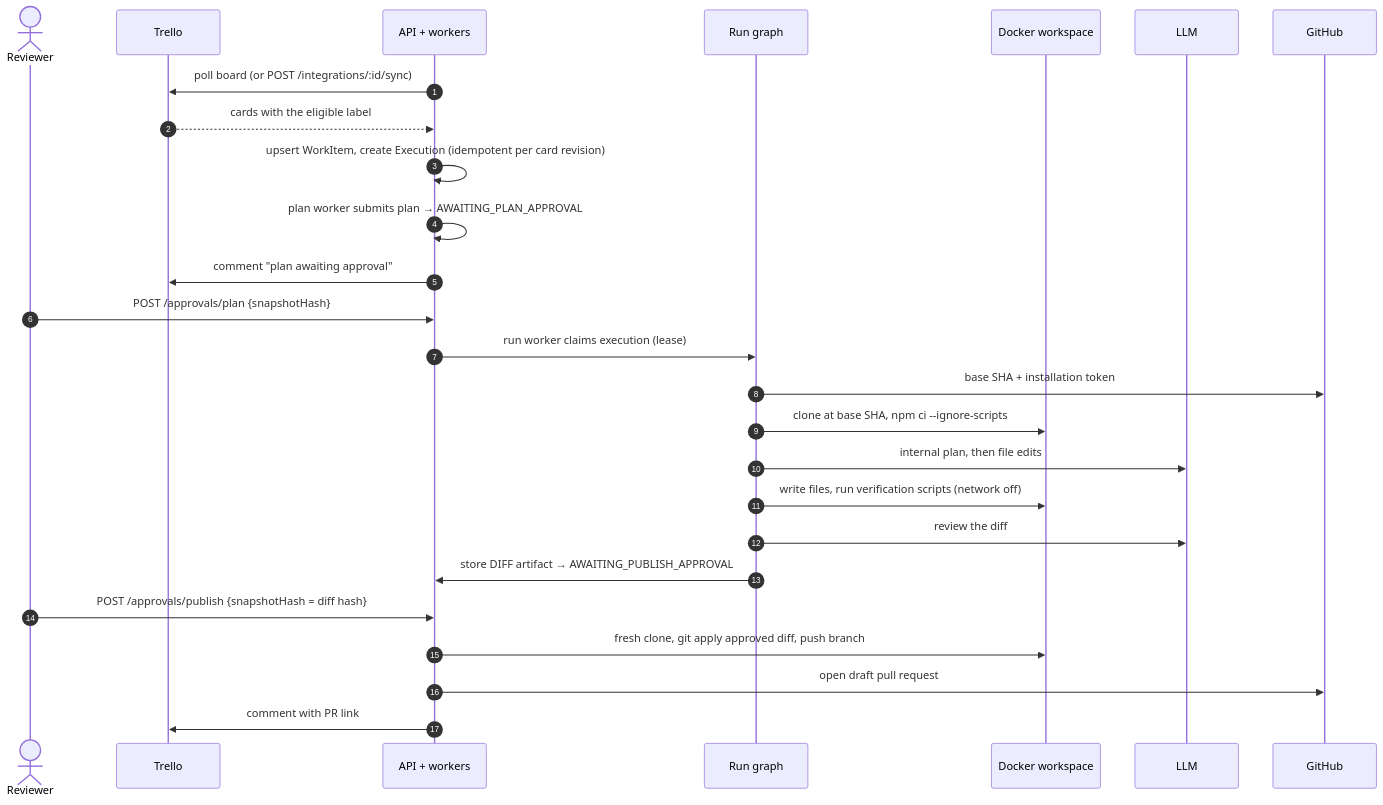
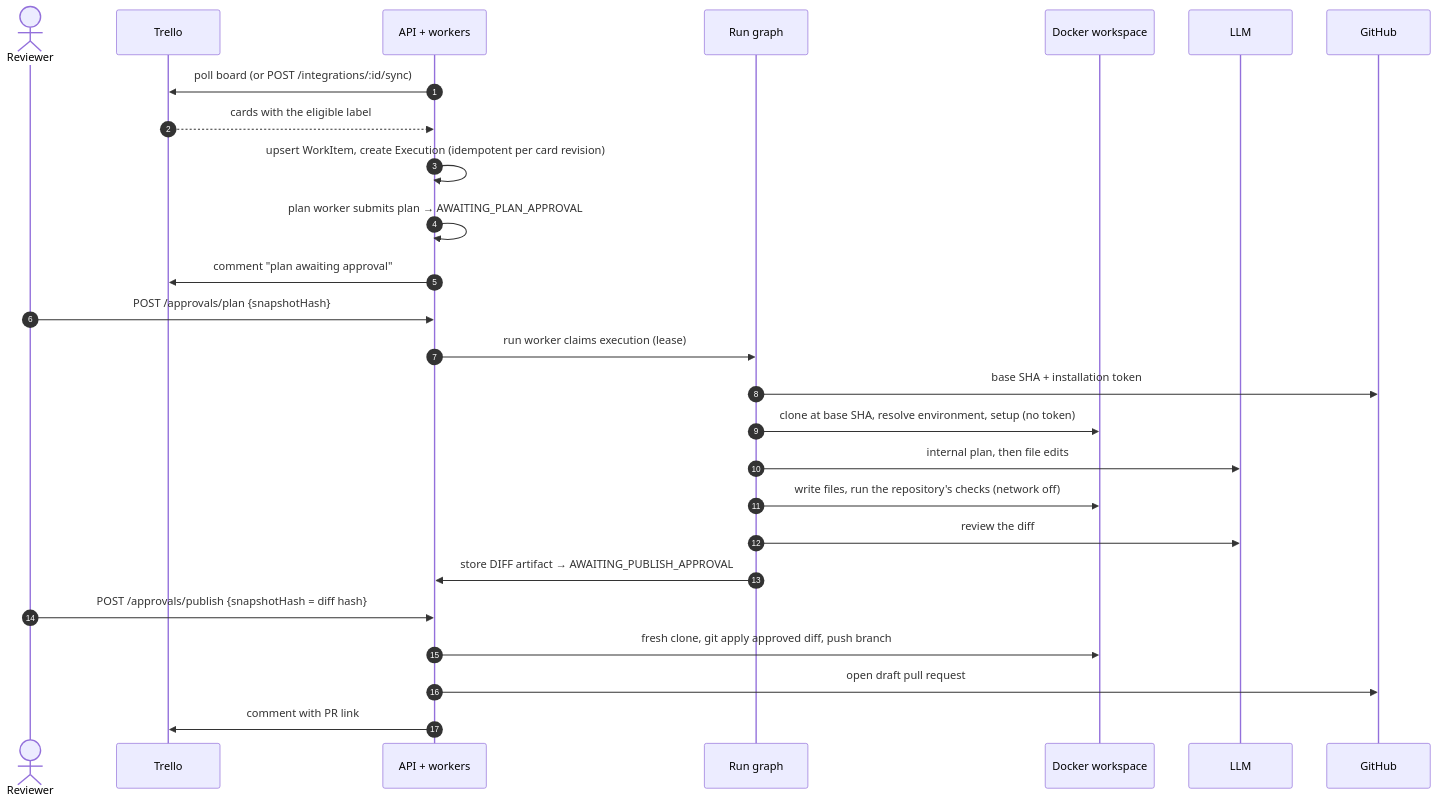
The second of 7 diagrams in README.md (zack10/agent-orchestration-app-backend), drawn with Mermaid before and after one commit. The commit also changed other lines of this file and 23 other files, not shown here.

First line of the commit message:
feat(environment): repository environments with no per-language code

````diff
--- a/README.md
+++ b/README.md
@@ -132,29 +133,29 @@
 ```mermaid
 sequenceDiagram
     autonumber
     actor Human as Reviewer
     participant T as Trello
     participant API as API + workers
     participant G as Run graph
     participant D as Docker workspace
     participant L as LLM
     participant GH as GitHub
 
     API->>T: poll board (or POST /integrations/:id/sync)
     T-->>API: cards with the eligible label
     API->>API: upsert WorkItem, create Execution (idempotent per card revision)
     API->>API: plan worker submits plan → AWAITING_PLAN_APPROVAL
     API->>T: comment "plan awaiting approval"
     Human->>API: POST /approvals/plan {snapshotHash}
     API->>G: run worker claims execution (lease)
     G->>GH: base SHA + installation token
-    G->>D: clone at base SHA, npm ci --ignore-scripts
+    G->>D: clone at base SHA, resolve environment, setup (no token)
     G->>L: internal plan, then file edits
-    G->>D: write files, run verification scripts (network off)
+    G->>D: write files, run the repository's checks (network off)
     G->>L: review the diff
     G->>API: store DIFF artifact → AWAITING_PUBLISH_APPROVAL
     Human->>API: POST /approvals/publish {snapshotHash = diff hash}
     API->>D: fresh clone, git apply approved diff, push branch
     API->>GH: open draft pull request
     API->>T: comment with PR link
 ```
````
